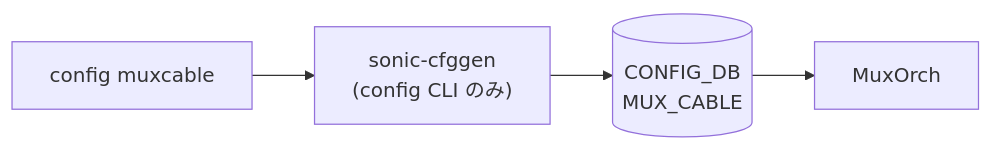
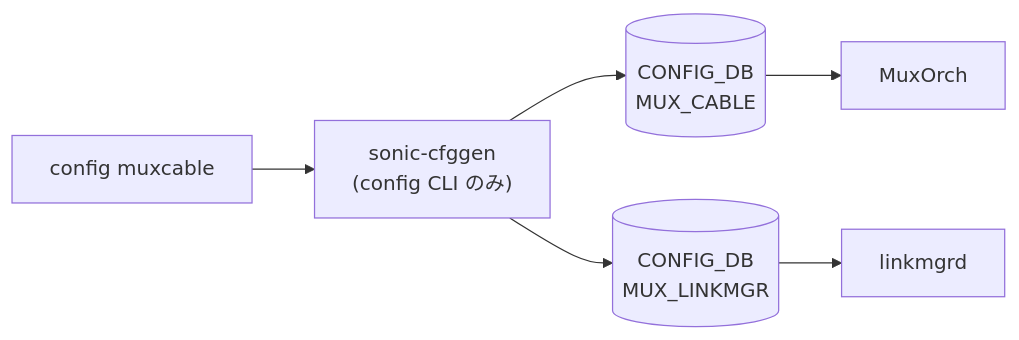
Before and after one commit to aoki-taquan/sonic-unofficial-docs: the diagram in docs/reference/cli/config-muxcable.md, drawn with Mermaid. The commit also changed 76 other files, not shown here.

First line of the commit message:
chore: expand CDB/CLI mermaid coverage to 119/122 and 52/73

````diff
--- a/docs/reference/cli/config-muxcable.md
+++ b/docs/reference/cli/config-muxcable.md
@@ -148,10 +148,14 @@
 ```mermaid
 flowchart LR
   CLI["config muxcable"]
   SC["sonic-cfggen<br/>(config CLI のみ)"]
   CLI --> SC
   CDB0[("CONFIG_DB<br/>MUX_CABLE")]
   SC --> CDB0
   DM0["MuxOrch"]
   CDB0 --> DM0
+  CDB1[("CONFIG_DB<br/>MUX_LINKMGR")]
+  SC --> CDB1
+  DM1["linkmgrd"]
+  CDB1 --> DM1
 ```
````
